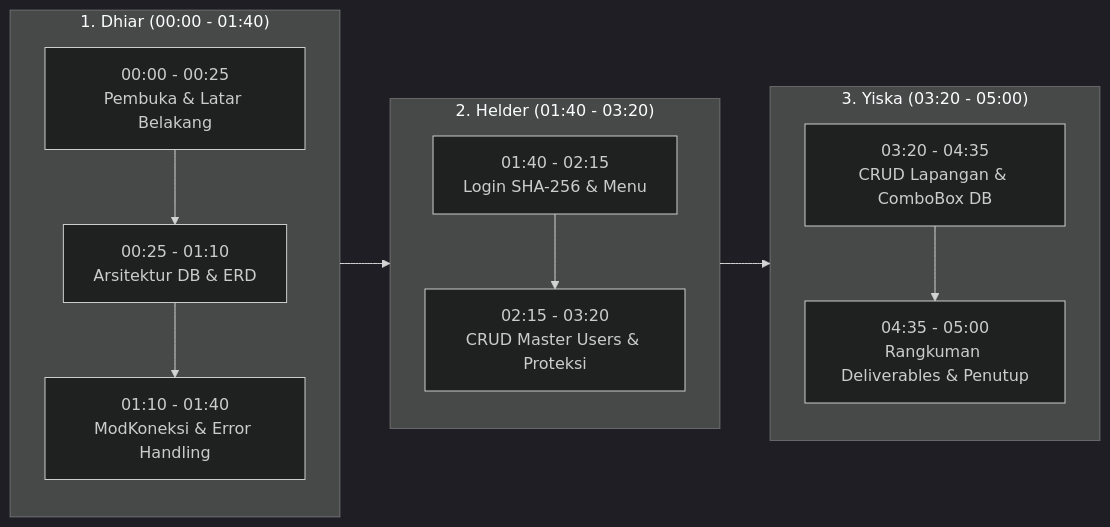
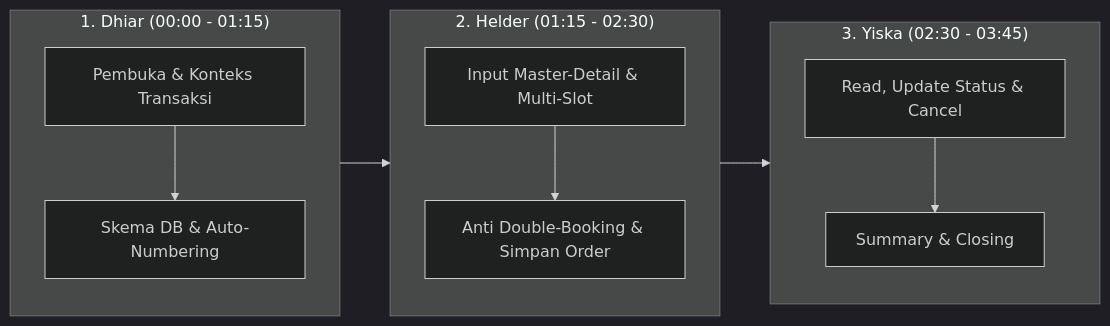
One commit to Alfar0nt/SIPELA-Sistem-Informasi-Pemesanan-Arung-Futsal changed the diagram in README.md. Above: the diagram before and after it, drawn with Mermaid (dark theme). The commit also changed other lines of this file and 20 other files, not shown here.

Commit message:
feat(week11): implement master-detail booking form, atomic transactions, anti double-booking, and concise demo script

````diff
--- a/README.md
+++ b/README.md
@@ -100,16 +105,16 @@
 ```mermaid
 flowchart LR
-    subgraph G1["1. Dhiar (00:00 - 01:40)"]
-        D1["00:00 - 00:25<br/>Pembuka & Latar Belakang"] --> D2["00:25 - 01:10<br/>Arsitektur DB & ERD"] --> D3["01:10 - 01:40<br/>ModKoneksi & Error Handling"]
+    subgraph G1["1. Dhiar (00:00 - 01:15)"]
+        D1["Pembuka & Konteks Transaksi"] --> D2["Skema DB & Auto-Numbering"]
     end
 
-    subgraph G2["2. Helder (01:40 - 03:20)"]
-        H1["01:40 - 02:15<br/>Login SHA-256 & Menu"] --> H2["02:15 - 03:20<br/>CRUD Master Users & Proteksi"]
+    subgraph G2["2. Helder (01:15 - 02:30)"]
+        H1["Input Master-Detail & Multi-Slot"] --> H2["Anti Double-Booking & Simpan Order"]
     end
 
-    subgraph G3["3. Yiska (03:20 - 05:00)"]
-        Y1["03:20 - 04:35<br/>CRUD Lapangan & ComboBox DB"] --> Y2["04:35 - 05:00<br/>Rangkuman Deliverables & Penutup"]
+    subgraph G3["3. Yiska (02:30 - 03:45)"]
+        Y1["Read, Update Status & Cancel"] --> Y2["Summary & Closing"]
     end
 
     G1 --> G2 --> G3
 ```
````
